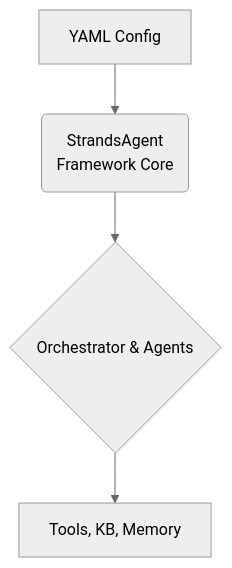
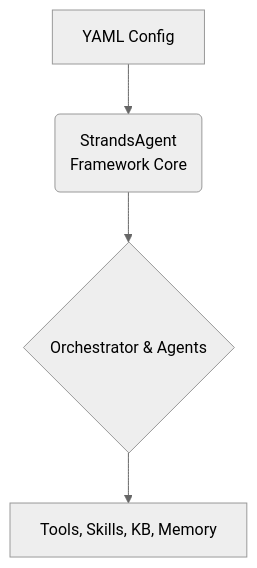
The diagram in packages/aws-strands-core/README.md (VinodKumarKP/ptr_oai_adk), drawn with Mermaid (neutral theme) before and after one commit. The commit also changed other lines of this file and 3 other files, not shown here.

````diff
--- a/packages/aws-strands-core/README.md
+++ b/packages/aws-strands-core/README.md
@@ -38,6 +39,6 @@
 ```mermaid
     graph TD
         A[YAML Config<br>] --> B(StrandsAgent<br>Framework Core);
         B --> C{Orchestrator & Agents};
-        C --> D[Tools, KB, Memory];
+        C --> D[Tools, Skills, KB, Memory];
 ```
````
